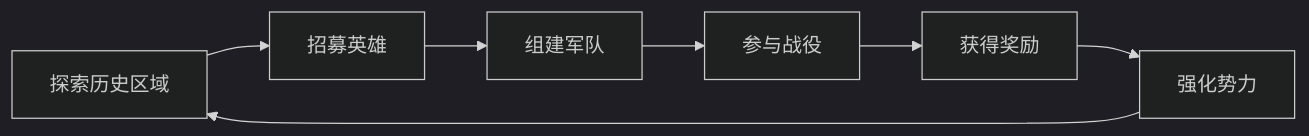
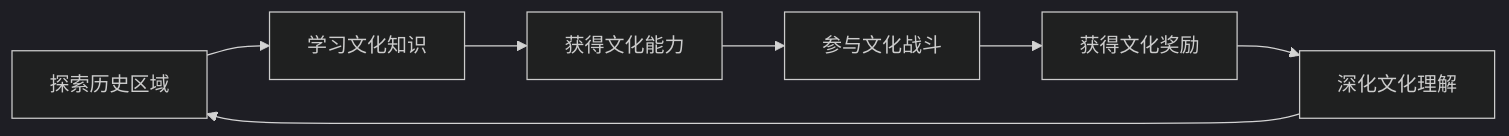
The diagram in AI驱动游戏创作101/ep07-游戏总体概要设计文档.md (chutianshu1981/AwesomeUnityTutorial), drawn with Mermaid (dark theme) before and after one commit. The commit also changed other lines of this file and 13 other files, not shown here.

````diff
--- a/AI驱动游戏创作101/ep07-游戏总体概要设计文档.md
+++ b/AI驱动游戏创作101/ep07-游戏总体概要设计文档.md
@@ -57,9 +89,9 @@
 ```mermaid
 graph LR
-    A[探索历史区域] --> B[招募英雄]
-    B --> C[组建军队]
-    C --> D[参与战役]
-    D --> E[获得奖励]
-    E --> F[强化势力]
+    A[探索历史区域] --> B[学习文化知识]
+    B --> C[获得文化能力]
+    C --> D[参与文化战斗]
+    D --> E[获得文化奖励]
+    E --> F[深化文化理解]
     F --> A
 ```
````
